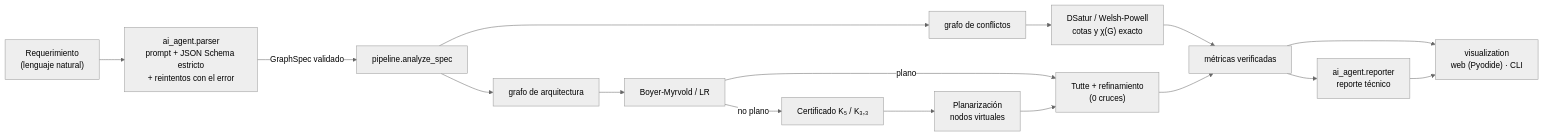
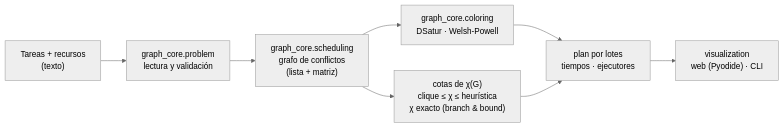
One commit to Djch18AtSchool/graph-resource-planner changed the diagram in README.md. Above: the diagram before and after it, drawn with Mermaid (neutral theme). The commit also changed other lines of this file and 59 other files, not shown here.

````diff
--- a/README.md
+++ b/README.md
@@ -12,14 +20,10 @@
 ```mermaid
 flowchart LR
-    U["Requerimiento<br/>(lenguaje natural)"] --> P["ai_agent.parser<br/>prompt + JSON Schema estricto<br/>+ reintentos con el error"]
-    P -->|GraphSpec validado| A["pipeline.analyze_spec"]
-    A --> CG["grafo de conflictos"] --> COL["DSatur / Welsh-Powell<br/>cotas y χ(G) exacto"]
-    A --> AG["grafo de arquitectura"] --> PL["Boyer-Myrvold / LR"]
-    PL -->|plano| TU["Tutte + refinamiento<br/>(0 cruces)"]
-    PL -->|no plano| KU["Certificado K₅ / K₃,₃"] --> PZ["Planarización<br/>nodos virtuales"] --> TU
-    COL --> F["métricas verificadas"]
-    TU --> F
-    F --> R["ai_agent.reporter<br/>reporte técnico"]
-    F --> V["visualization<br/>web (Pyodide) · CLI"]
-    R --> V
+    T["Tareas + recursos<br/>(texto)"] --> P["graph_core.problem<br/>lectura y validación"]
+    P --> CG["graph_core.scheduling<br/>grafo de conflictos<br/>(lista + matriz)"]
+    CG --> C["graph_core.coloring<br/>DSatur · Welsh-Powell"]
+    CG --> B["cotas de χ(G)<br/>clique ≤ χ ≤ heurística<br/>χ exacto (branch & bound)"]
+    C --> PL["plan por lotes<br/>tiempos · ejecutores"]
+    B --> PL
+    PL --> V["visualization<br/>web (Pyodide) · CLI"]
 ```
````
